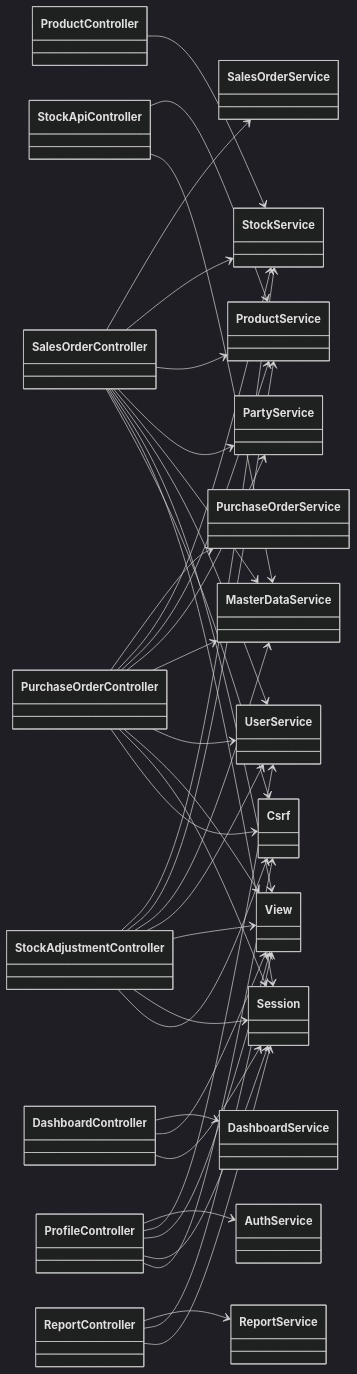
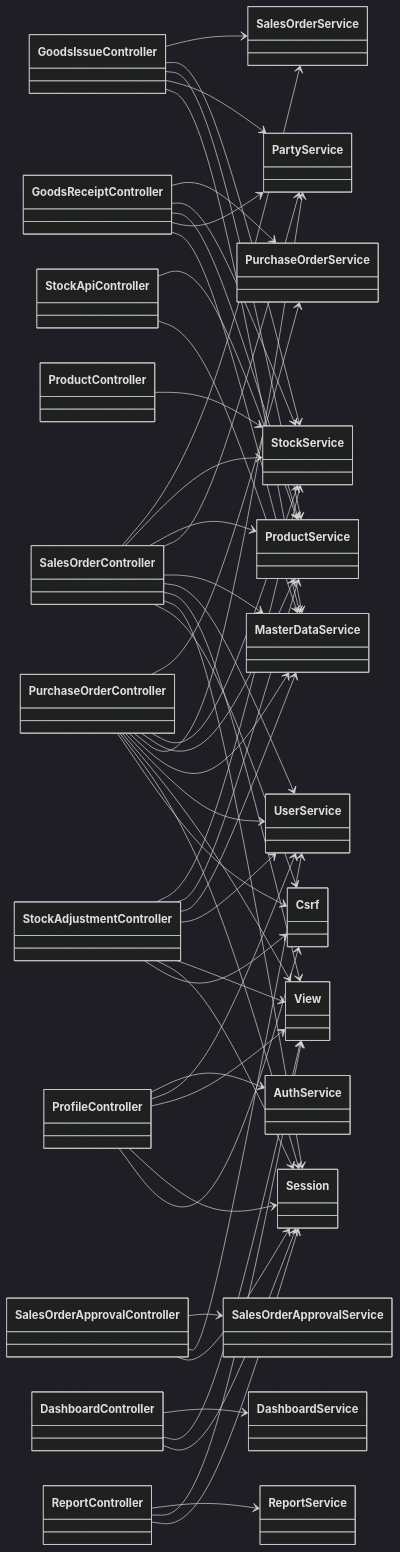
Before and after one commit to WillyMocha/inventory-order-management-system: the third of 4 diagrams in docs/architecture/class-diagram-as-built.md, drawn with Mermaid (dark theme). The commit also changed other lines of this file and 37 other files, not shown here.

Commit message:
refactor: split approval and stock movement actions out of the order classes

```diff
--- a/docs/architecture/class-diagram-as-built.md
+++ b/docs/architecture/class-diagram-as-built.md
@@ -246,7 +253,10 @@
     direction LR
 
     class SalesOrderController
+    class SalesOrderApprovalController
+    class GoodsIssueController
     class PurchaseOrderController
+    class GoodsReceiptController
     class DashboardController
     class ReportController
     class StockApiController
@@ -255,6 +265,7 @@
     class ProductController
 
     class SalesOrderService
+    class SalesOrderApprovalService
     class PurchaseOrderService
     class StockService
     class DashboardService
@@ -277,6 +288,22 @@
     SalesOrderController --> View
     SalesOrderController --> Session
     SalesOrderController --> Csrf
+
+    SalesOrderApprovalController --> SalesOrderApprovalService
+    SalesOrderApprovalController --> UserService
+    SalesOrderApprovalController --> Session
+
+    GoodsIssueController --> SalesOrderService
+    GoodsIssueController --> StockService
+    GoodsIssueController --> ProductService
+    GoodsIssueController --> PartyService
+    GoodsIssueController --> MasterDataService
+
+    GoodsReceiptController --> PurchaseOrderService
+    GoodsReceiptController --> StockService
+    GoodsReceiptController --> ProductService
+    GoodsReceiptController --> PartyService
+    GoodsReceiptController --> MasterDataService
 
     PurchaseOrderController --> PurchaseOrderService
     PurchaseOrderController --> StockService
```
